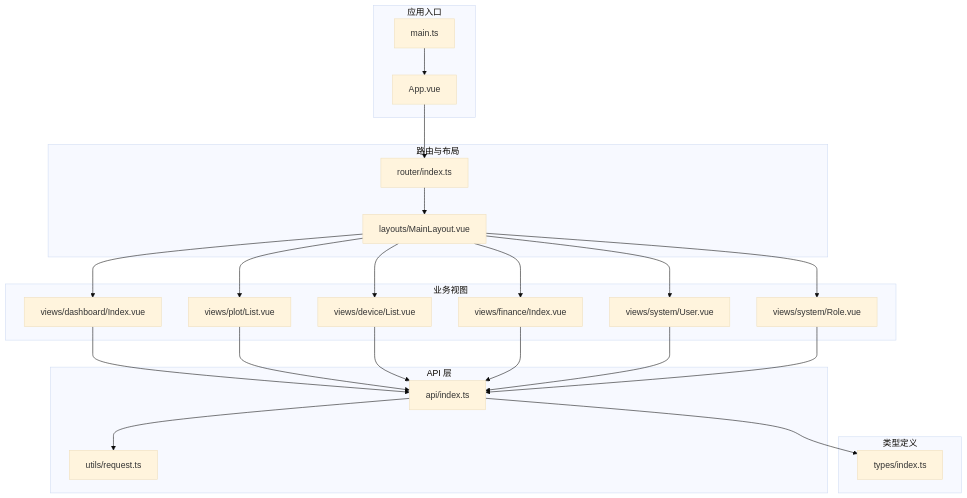
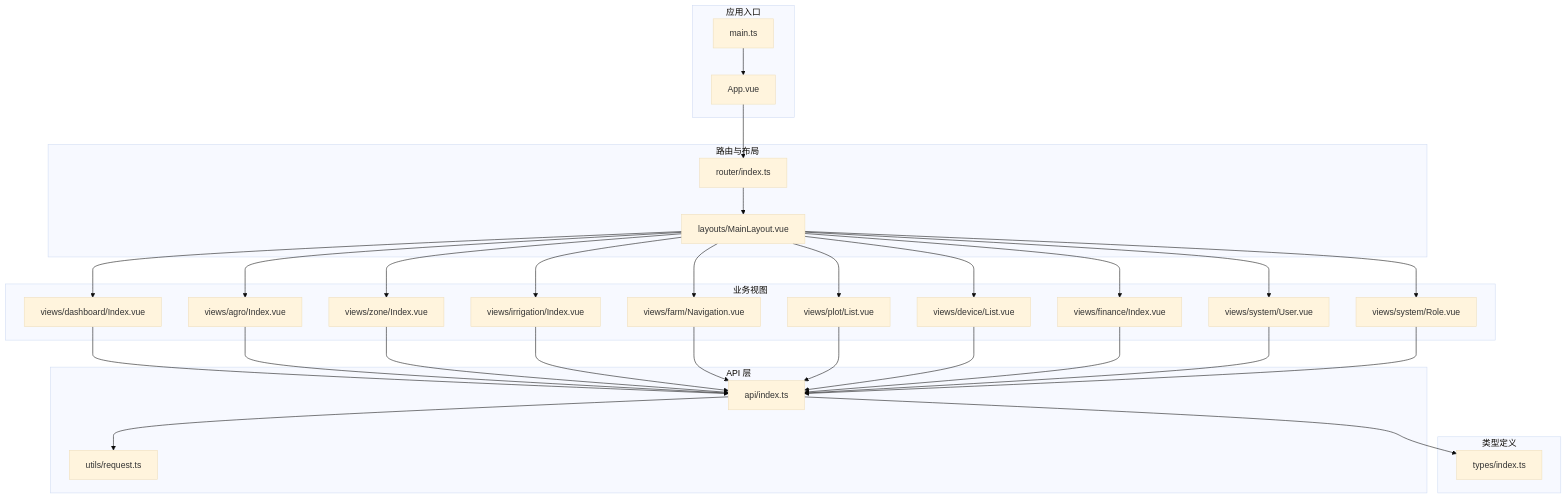
The first of 12 diagrams in .qoder/repowiki/zh/content/前端应用文档/前端应用文档.md (q446328246/agri-platform), drawn with Mermaid (base theme) before and after one commit. The commit also changed other lines of this file and 68 other files, not shown here.

````diff
--- a/.qoder/repowiki/zh/content/前端应用文档/前端应用文档.md
+++ b/.qoder/repowiki/zh/content/前端应用文档/前端应用文档.md
@@ -47,43 +63,55 @@
 ```mermaid
 graph TB
 subgraph "应用入口"
 main_ts["main.ts"]
 app_vue["App.vue"]
 end
 subgraph "路由与布局"
 router_ts["router/index.ts"]
 layout_vue["layouts/MainLayout.vue"]
 end
 subgraph "业务视图"
 dashboard_vue["views/dashboard/Index.vue"]
+agro_vue["views/agro/Index.vue"]
+zone_vue["views/zone/Index.vue"]
+irrigation_vue["views/irrigation/Index.vue"]
+navigation_vue["views/farm/Navigation.vue"]
 plot_list_vue["views/plot/List.vue"]
 device_list_vue["views/device/List.vue"]
 finance_index_vue["views/finance/Index.vue"]
 system_user_vue["views/system/User.vue"]
 system_role_vue["views/system/Role.vue"]
 end
 subgraph "API 层"
 api_index_ts["api/index.ts"]
 request_ts["utils/request.ts"]
 end
 subgraph "类型定义"
 types_index_ts["types/index.ts"]
 end
 main_ts --> app_vue
 app_vue --> router_ts
 router_ts --> layout_vue
 layout_vue --> dashboard_vue
+layout_vue --> agro_vue
+layout_vue --> zone_vue
+layout_vue --> irrigation_vue
+layout_vue --> navigation_vue
 layout_vue --> plot_list_vue
 layout_vue --> device_list_vue
 layout_vue --> finance_index_vue
 layout_vue --> system_user_vue
 layout_vue --> system_role_vue
 dashboard_vue --> api_index_ts
+agro_vue --> api_index_ts
+zone_vue --> api_index_ts
+irrigation_vue --> api_index_ts
+navigation_vue --> api_index_ts
 plot_list_vue --> api_index_ts
 device_list_vue --> api_index_ts
 finance_index_vue --> api_index_ts
 system_user_vue --> api_index_ts
 system_role_vue --> api_index_ts
 api_index_ts --> request_ts
 api_index_ts --> types_index_ts
 ```
````
